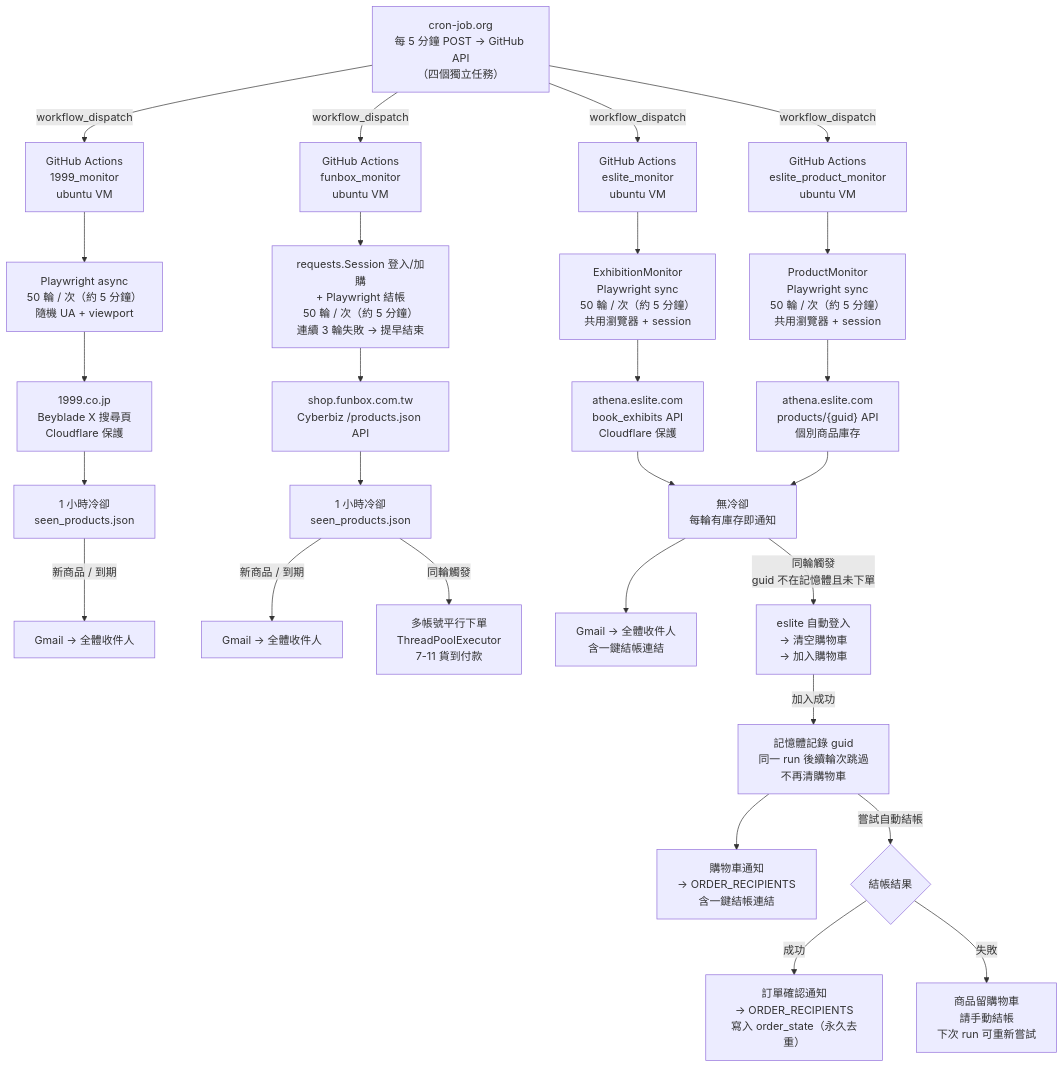
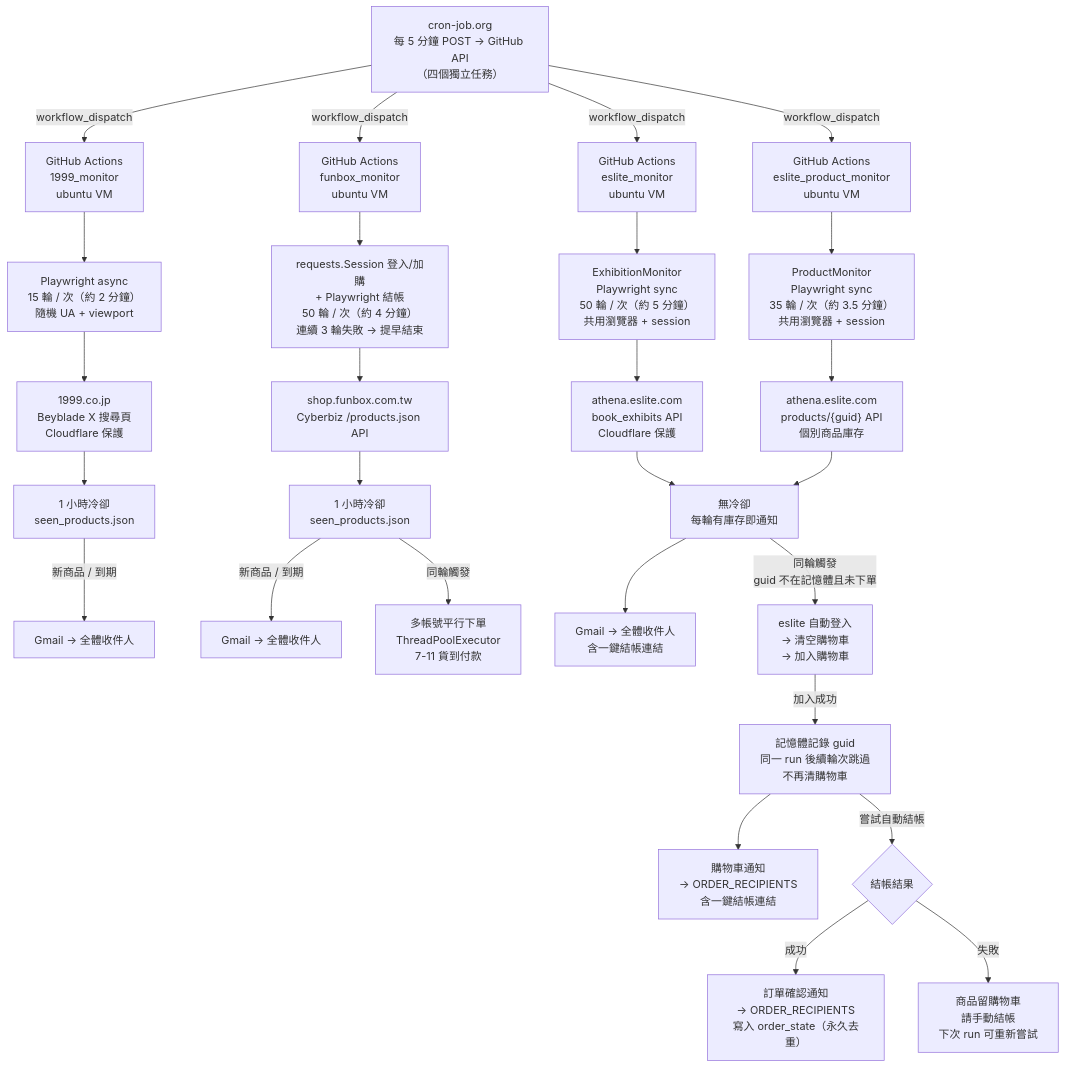
One commit to k0341055/beyblade-funbox-monitor changed the diagram in README.md. Above: the diagram before and after it, drawn with Mermaid. The commit also changed other lines of this file, not shown here.

Commit message:
docs: 同步 README 輪數設定（1999:15、eslite-product:35）

````diff
--- a/README.md
+++ b/README.md
@@ -16,37 +16,37 @@
 ```mermaid
 flowchart TD
     CRON["cron-job.org\n每 5 分鐘 POST → GitHub API\n（四個獨立任務）"]
 
     CRON -->|workflow_dispatch| GA1["GitHub Actions\n1999_monitor\nubuntu VM"]
     CRON -->|workflow_dispatch| GA2["GitHub Actions\nfunbox_monitor\nubuntu VM"]
     CRON -->|workflow_dispatch| GA3["GitHub Actions\neslite_monitor\nubuntu VM"]
     CRON -->|workflow_dispatch| GA4["GitHub Actions\neslite_product_monitor\nubuntu VM"]
 
-    GA1 --> PW1["Playwright async\n50 輪 / 次（約 5 分鐘）\n隨機 UA + viewport"]
-    GA2 --> REQ["requests.Session 登入/加購\n+ Playwright 結帳\n50 輪 / 次（約 5 分鐘）\n連續 3 輪失敗 → 提早結束"]
+    GA1 --> PW1["Playwright async\n15 輪 / 次（約 2 分鐘）\n隨機 UA + viewport"]
+    GA2 --> REQ["requests.Session 登入/加購\n+ Playwright 結帳\n50 輪 / 次（約 4 分鐘）\n連續 3 輪失敗 → 提早結束"]
     GA3 --> PW3["ExhibitionMonitor\nPlaywright sync\n50 輪 / 次（約 5 分鐘）\n共用瀏覽器 + session"]
-    GA4 --> PW4["ProductMonitor\nPlaywright sync\n50 輪 / 次（約 5 分鐘）\n共用瀏覽器 + session"]
+    GA4 --> PW4["ProductMonitor\nPlaywright sync\n35 輪 / 次（約 3.5 分鐘）\n共用瀏覽器 + session"]
 
     PW1 --> SITE1["1999.co.jp\nBeyblade X 搜尋頁\nCloudflare 保護"]
     REQ --> SITE2["shop.funbox.com.tw\nCyberbiz /products.json API"]
     PW3 --> SITE3["athena.eslite.com\nbook_exhibits API\nCloudflare 保護"]
     PW4 --> SITE4["athena.eslite.com\nproducts/{guid} API\n個別商品庫存"]
 
     SITE1 --> COOL1["1 小時冷卻\nseen_products.json"]
     SITE2 --> COOL2["1 小時冷卻\nseen_products.json"]
     SITE3 --> NOCD["無冷卻\n每輪有庫存即通知"]
     SITE4 --> NOCD
 
     COOL1 -->|新商品 / 到期| MAIL1["Gmail → 全體收件人"]
     COOL2 -->|新商品 / 到期| MAIL2["Gmail → 全體收件人"]
     NOCD --> MAIL3["Gmail → 全體收件人\n含一鍵結帳連結"]
 
     COOL2 -->|同輪觸發| BUY["多帳號平行下單\nThreadPoolExecutor\n7-11 貨到付款"]
     NOCD -->|同輪觸發\nguid 不在記憶體且未下單| ECART["eslite 自動登入\n→ 清空購物車\n→ 加入購物車"]
 
     ECART -->|加入成功| CPEND["記憶體記錄 guid\n同一 run 後續輪次跳過\n不再清購物車"]
     CPEND --> CNOTIF["購物車通知\n→ ORDER_RECIPIENTS\n含一鍵結帳連結"]
     CPEND -->|嘗試自動結帳| CHECKOUT{"結帳結果"}
     CHECKOUT -->|成功| ONOTIF["訂單確認通知\n→ ORDER_RECIPIENTS\n寫入 order_state（永久去重）"]
     CHECKOUT -->|失敗| MANUAL["商品留購物車\n請手動結帳\n下次 run 可重新嘗試"]
 ```
````
